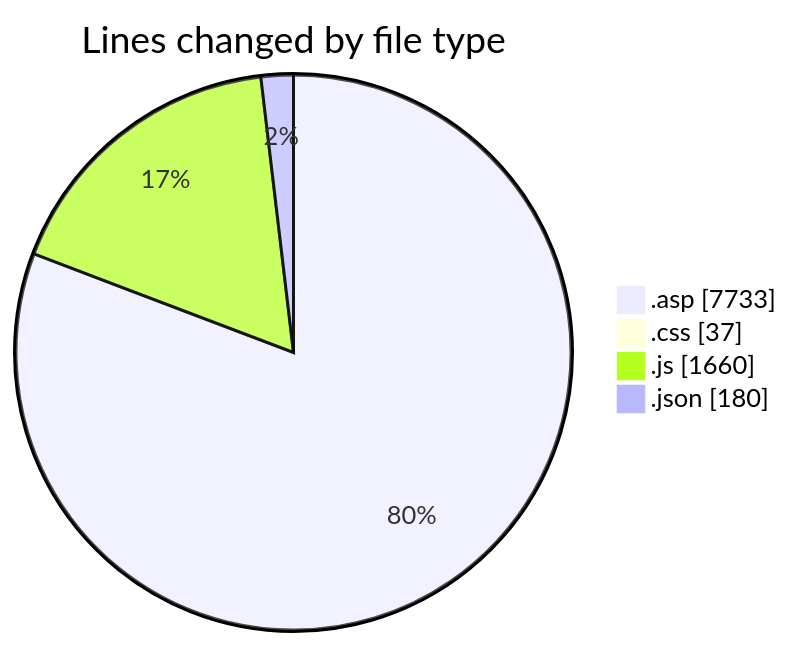
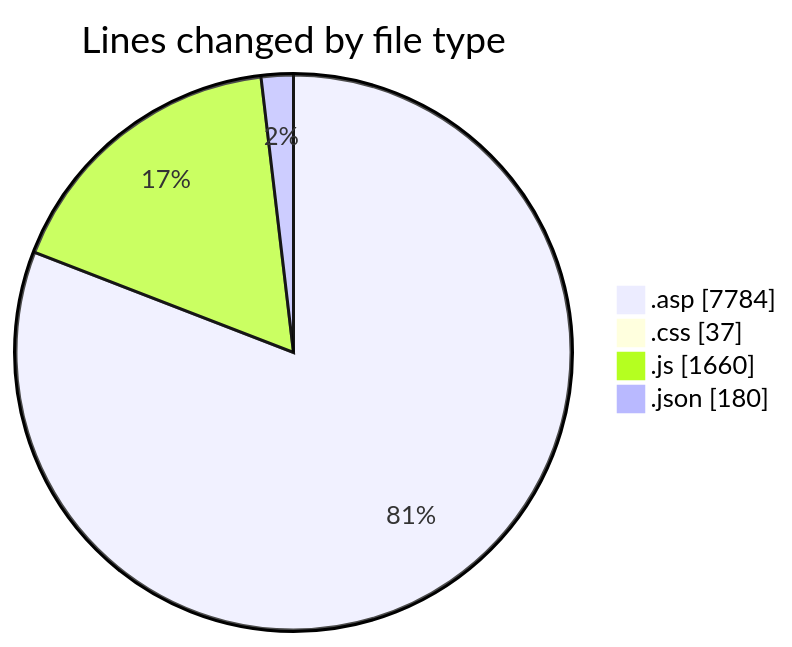
The first of 2 diagrams in 2025-11-02/cdp_aleoudev_fr__workspace_/README.md (julien-gomy/code-tracking), drawn with Mermaid before and after one commit. The commit also changed other lines of this file and 1 other file, not shown here.

````diff
--- a/2025-11-02/cdp_aleoudev_fr__workspace_/README.md
+++ b/2025-11-02/cdp_aleoudev_fr__workspace_/README.md
@@ -28,8 +28,8 @@
 ```mermaid
 pie showData
 title Lines changed by file type
-".asp" : 7733
+".asp" : 7784
 ".css" : 37
 ".js" : 1660
 ".json" : 180
 ```
````
